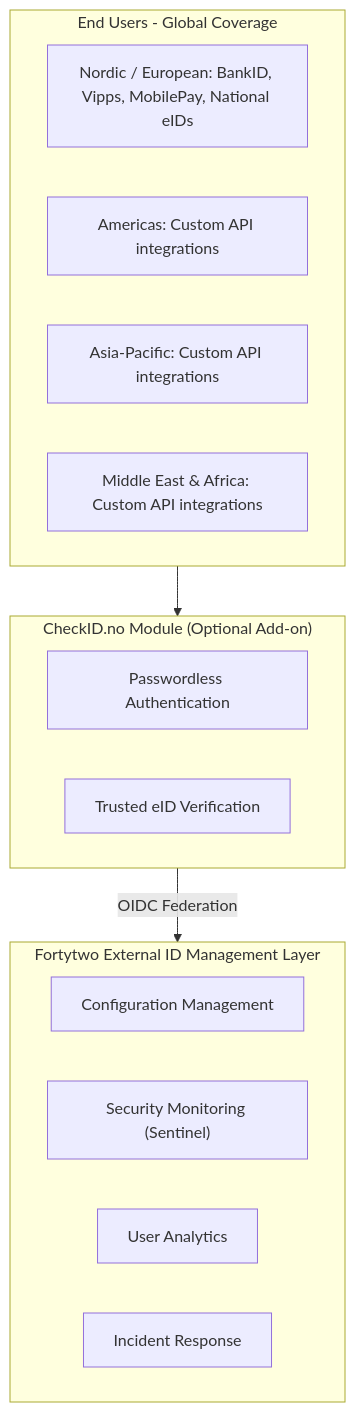
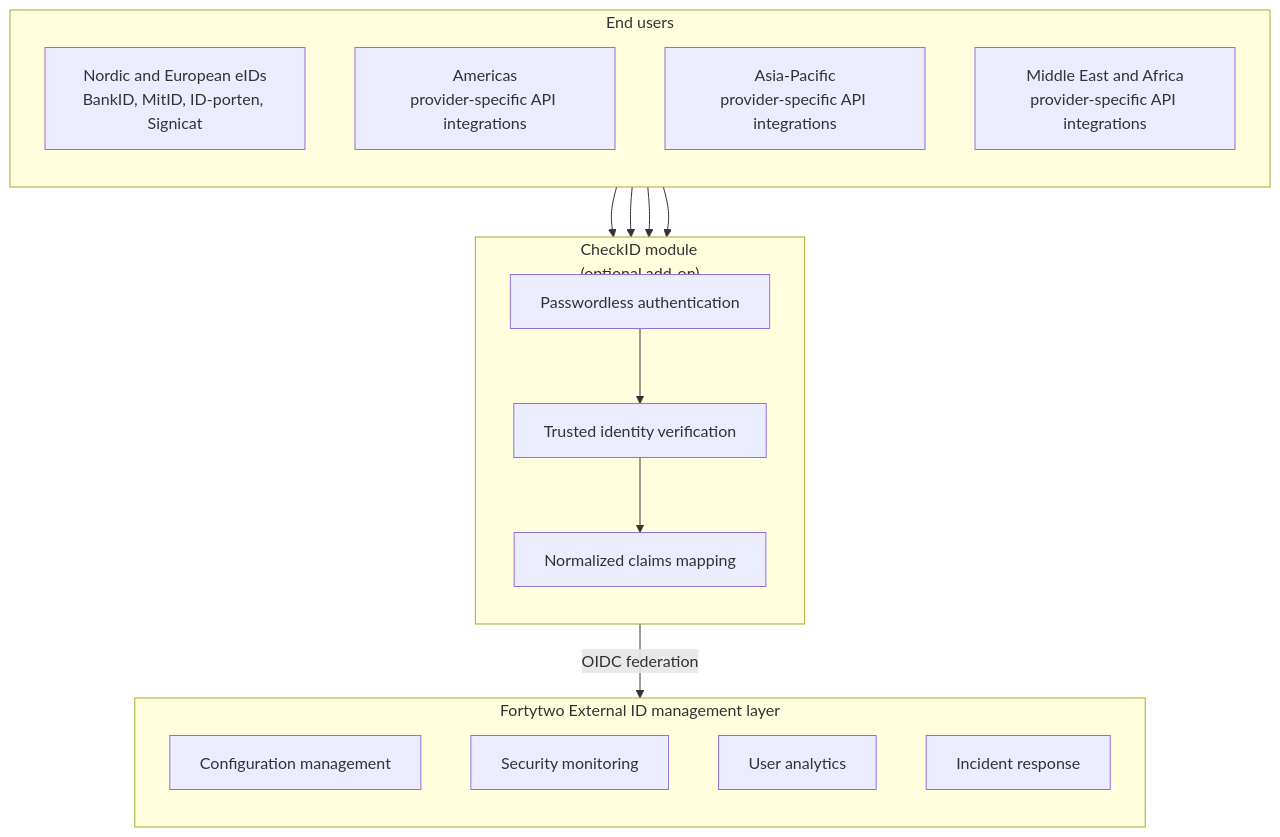
One commit to fortytwoservices/public-docs.fortytwo.io changed the second of 2 diagrams in docs/managed-identity-services/external-id/index.md. Above: the diagram before and after it, drawn with Mermaid. The commit also changed other lines of this file, not shown here.

````diff
--- a/docs/managed-identity-services/external-id/index.md
+++ b/docs/managed-identity-services/external-id/index.md
@@ -63,28 +70,33 @@
 ```mermaid
-flowchart TD
-    subgraph EU["End Users - Global Coverage"]
-        direction LR
-        E1["Nordic / European: BankID, Vipps, MobilePay, National eIDs"]
-        E2["Americas: Custom API integrations"]
-        E3["Asia-Pacific: Custom API integrations"]
-        E4["Middle East & Africa: Custom API integrations"]
+flowchart TB
+    subgraph Users["End users"]
+        direction TB
+        Nordics["Nordic and European eIDs<br/>BankID, MitID, ID-porten, Signicat"]
+        Americas["Americas<br/>provider-specific API integrations"]
+        APAC["Asia-Pacific<br/>provider-specific API integrations"]
+        MEA["Middle East and Africa<br/>provider-specific API integrations"]
     end
 
-    EU --> CK
-
-    subgraph CK["CheckID.no Module (Optional Add-on)"]
-        direction LR
-        CK1["Passwordless Authentication"]
-        CK2["Trusted eID Verification"]
+    subgraph CheckID["CheckID module<br/>(optional add-on)"]
+        direction TB
+        Passwordless["Passwordless authentication"]
+        Verification["Trusted identity verification"]
+        Mapping["Normalized claims mapping"]
     end
 
-    CK -->|"OIDC Federation"| ML
+    subgraph ExternalID["Fortytwo External ID management layer"]
+        direction TB
+        Config["Configuration management"]
+        Monitoring["Security monitoring"]
+        Analytics["User analytics"]
+        Response["Incident response"]
+    end
 
-    subgraph ML["Fortytwo External ID Management Layer"]
-        direction LR
-        ML1["Configuration Management"]
-        ML2["Security Monitoring (Sentinel)"]
-        ML3["User Analytics"]
-        ML4["Incident Response"]
-    end
+    Nordics --> Passwordless
+    Americas --> Passwordless
+    APAC --> Passwordless
+    MEA --> Passwordless
+    Passwordless --> Verification
+    Verification --> Mapping
+    Mapping -->|"OIDC federation"| Config
 ```
````
